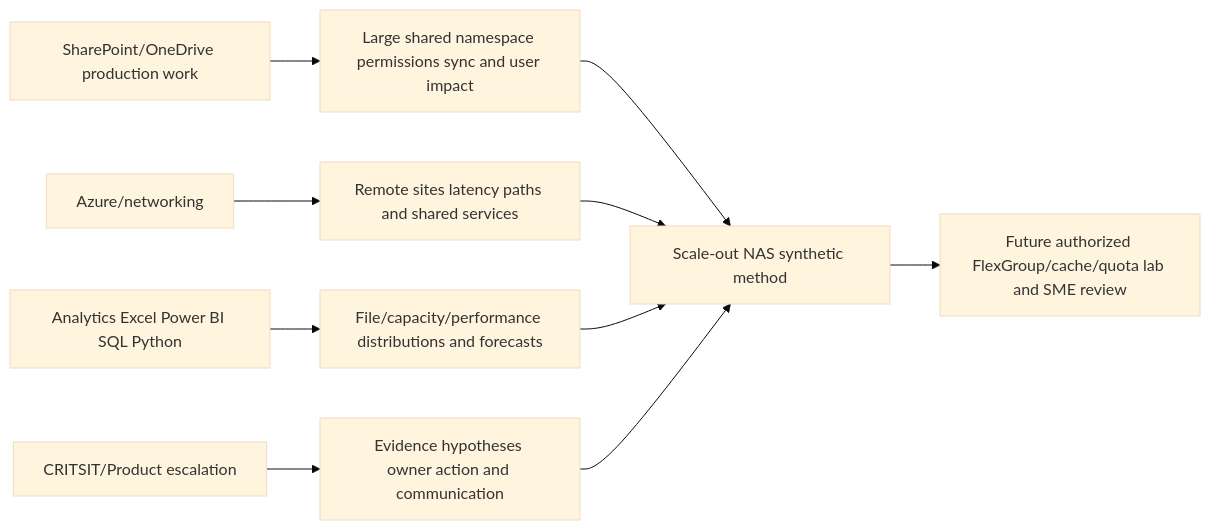
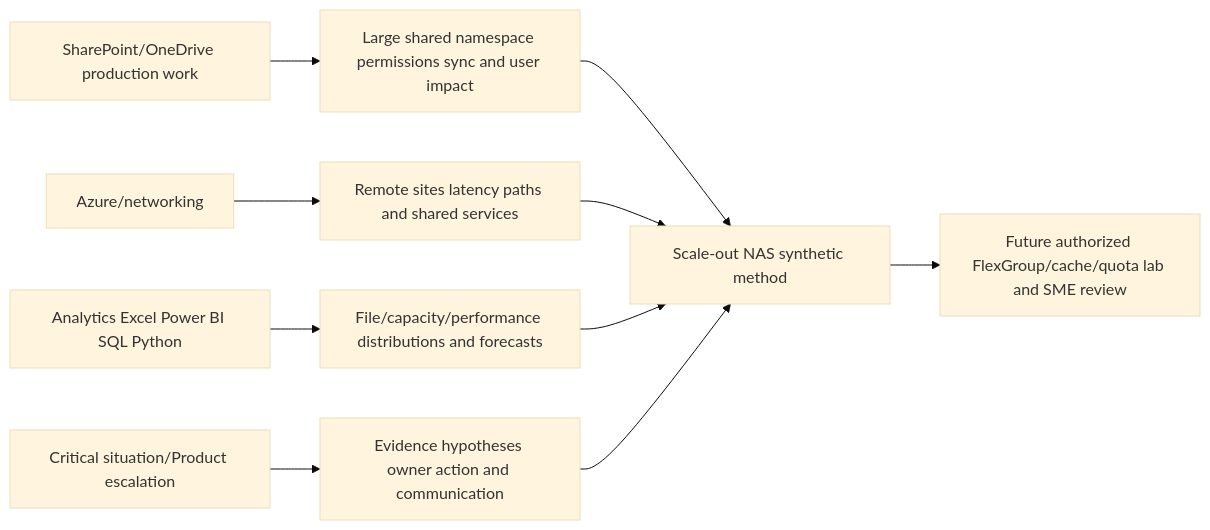
Diagram 28 of 29 in NetApp TAM/prep/Part-32-flexgroup-flexcache-qtrees-quotas.md (hichauhan-in/Interview-Prep), drawn with Mermaid (base theme) before and after one commit. The commit also changed other lines of this file and 493 other files, not shown here.

````diff
--- a/NetApp TAM/prep/Part-32-flexgroup-flexcache-qtrees-quotas.md
+++ b/NetApp TAM/prep/Part-32-flexgroup-flexcache-qtrees-quotas.md
@@ -859,12 +859,12 @@
 ```mermaid
 flowchart LR
     SPO[SharePoint/OneDrive production work] --> NS[Large shared namespace permissions sync and user impact]
     AZ[Azure/networking] --> DIST[Remote sites latency paths and shared services]
     BI[Analytics Excel Power BI SQL Python] --> SCALE[File/capacity/performance distributions and forecasts]
-    CRIT[CRITSIT/Product escalation] --> SAFE[Evidence hypotheses owner action and communication]
+    CRIT[Critical situation/Product escalation] --> SAFE[Evidence hypotheses owner action and communication]
     NS --> ONTAP[Scale-out NAS synthetic method]
     DIST --> ONTAP
     SCALE --> ONTAP
     SAFE --> ONTAP
     ONTAP --> LAB[Future authorized FlexGroup/cache/quota lab and SME review]
 ```
````
